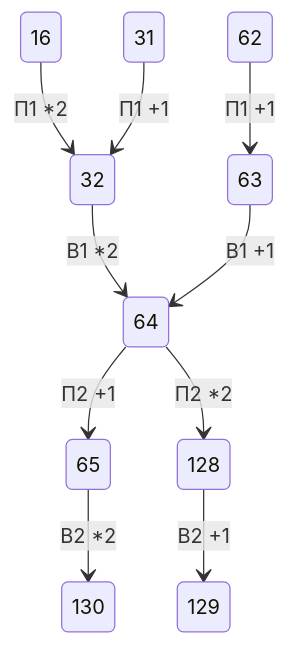
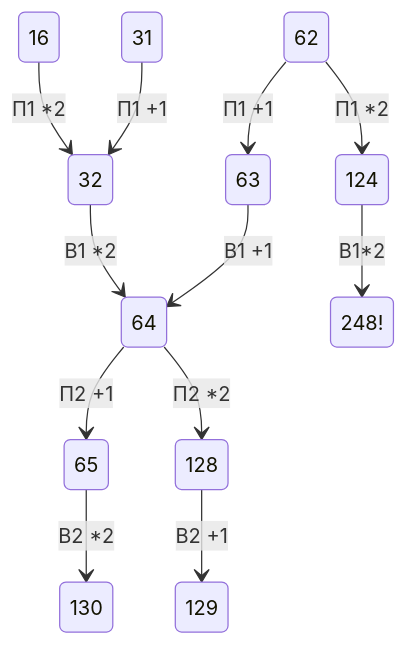
One commit to lyctpu/ege changed the third of 3 diagrams in 2023demo/19-21.md. Above: the diagram before and after it, drawn with Mermaid.

````diff
--- a/2023demo/19-21.md
+++ b/2023demo/19-21.md
@@ -25,18 +25,19 @@
 ```mermaid
 stateDiagram-v2
-
+62-->124 :П1 *2
 62-->63 :П1 +1
 16-->32 :П1 *2
 31-->32 :П1 +1
- 
+
+124--> 248!:B1*2
 32-->64 :В1 *2
 63-->64 :В1 +1
 
 
 64--> 65:П2 +1
 64 --> 128:П2 *2
 
 65 -->130 :В2 *2
 128 -->129 :В2 +1
 
 ```
````
